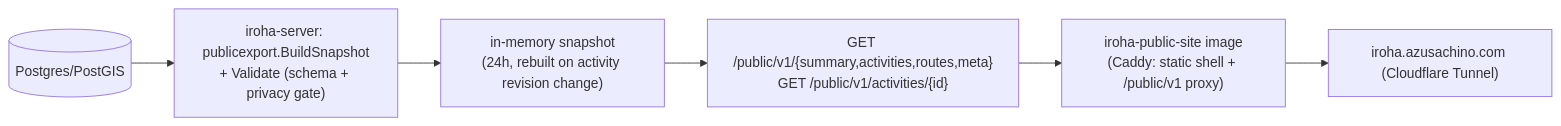
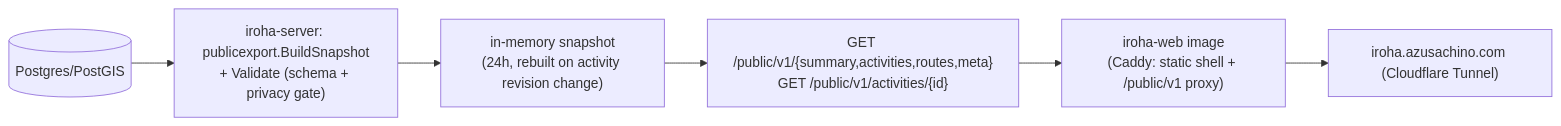
Before and after one commit to azusachino/iroha: the diagram in docs/public-site-publishing.md, drawn with Mermaid. The commit also changed other lines of this file and 18 other files, not shown here.

````diff
--- a/docs/public-site-publishing.md
+++ b/docs/public-site-publishing.md
@@ -13,8 +13,8 @@
 ```mermaid
 flowchart LR
     DB[(Postgres/PostGIS)] --> SNAP["iroha-server: publicexport.BuildSnapshot<br/>+ Validate (schema + privacy gate)"]
     SNAP --> CACHE["in-memory snapshot<br/>(24h, rebuilt on activity revision change)"]
     CACHE --> API["GET /public/v1/{summary,activities,routes,meta}<br/>GET /public/v1/activities/{id}"]
-    API --> SITE["iroha-public-site image<br/>(Caddy: static shell + /public/v1 proxy)"]
+    API --> SITE["iroha-web image<br/>(Caddy: static shell + /public/v1 proxy)"]
     SITE --> LIVE["iroha.azusachino.com (Cloudflare Tunnel)"]
 ```
````
